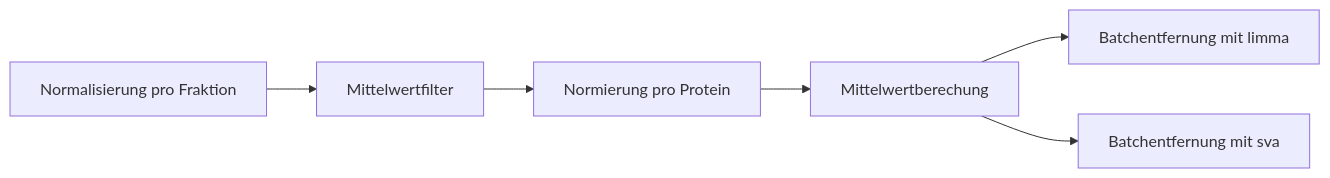
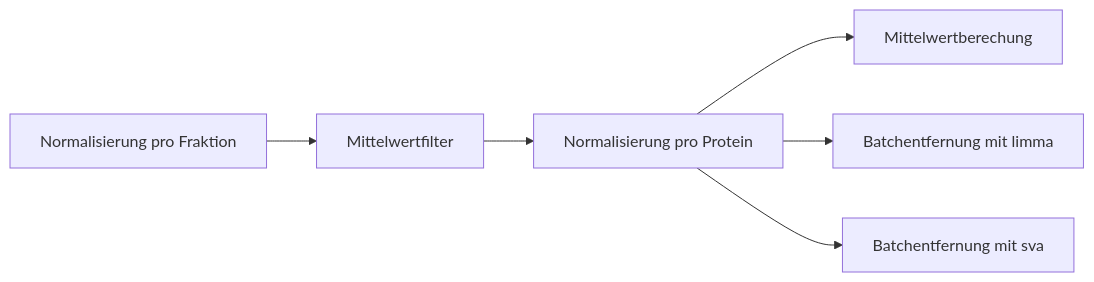
Before and after one commit to MichelaPozzi/2025-topic-03-group-04: the second of 2 diagrams in README.md, drawn with Mermaid.

````diff
--- a/README.md
+++ b/README.md
@@ -90,8 +90,8 @@
 ```mermaid
 flowchart LR
     A[Normalisierung pro Fraktion] --> B[Mittelwertfilter]
-    B --> C[Normierung pro Protein]
+    B --> C[Normalisierung pro Protein]
     C --> D[Mittelwertberechung]
-    D --> E[Batchentfernung mit limma]
-    D --> F[Batchentfernung mit sva]
+    C --> E[Batchentfernung mit limma]
+    C --> F[Batchentfernung mit sva]
 ```
````
